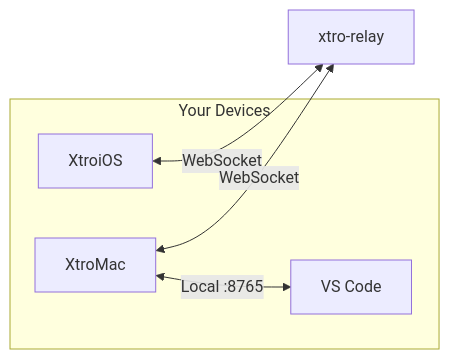
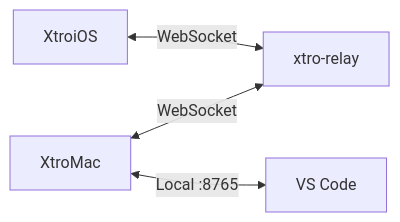
Before and after one commit to xtro-labs/xtro-releases: the diagram in how-it-works.md, drawn with Mermaid.

Commit message:
fix: simplify Mermaid diagram layout

````diff
--- a/how-it-works.md
+++ b/how-it-works.md
@@ -17,14 +17,6 @@
 ```mermaid
 flowchart LR
-    subgraph Your Devices
-        iOS[XtroiOS]
-        Mac[XtroMac]
-        VS[VS Code]
-    end
-
-    Relay[xtro-relay]
-
-    iOS <-->|WebSocket| Relay
-    Mac <-->|WebSocket| Relay
-    Mac <-->|Local :8765| VS
+    iOS[XtroiOS] <-->|WebSocket| Relay[xtro-relay]
+    Mac[XtroMac] <-->|WebSocket| Relay
+    Mac <-->|Local :8765| VS[VS Code]
 ```
````
